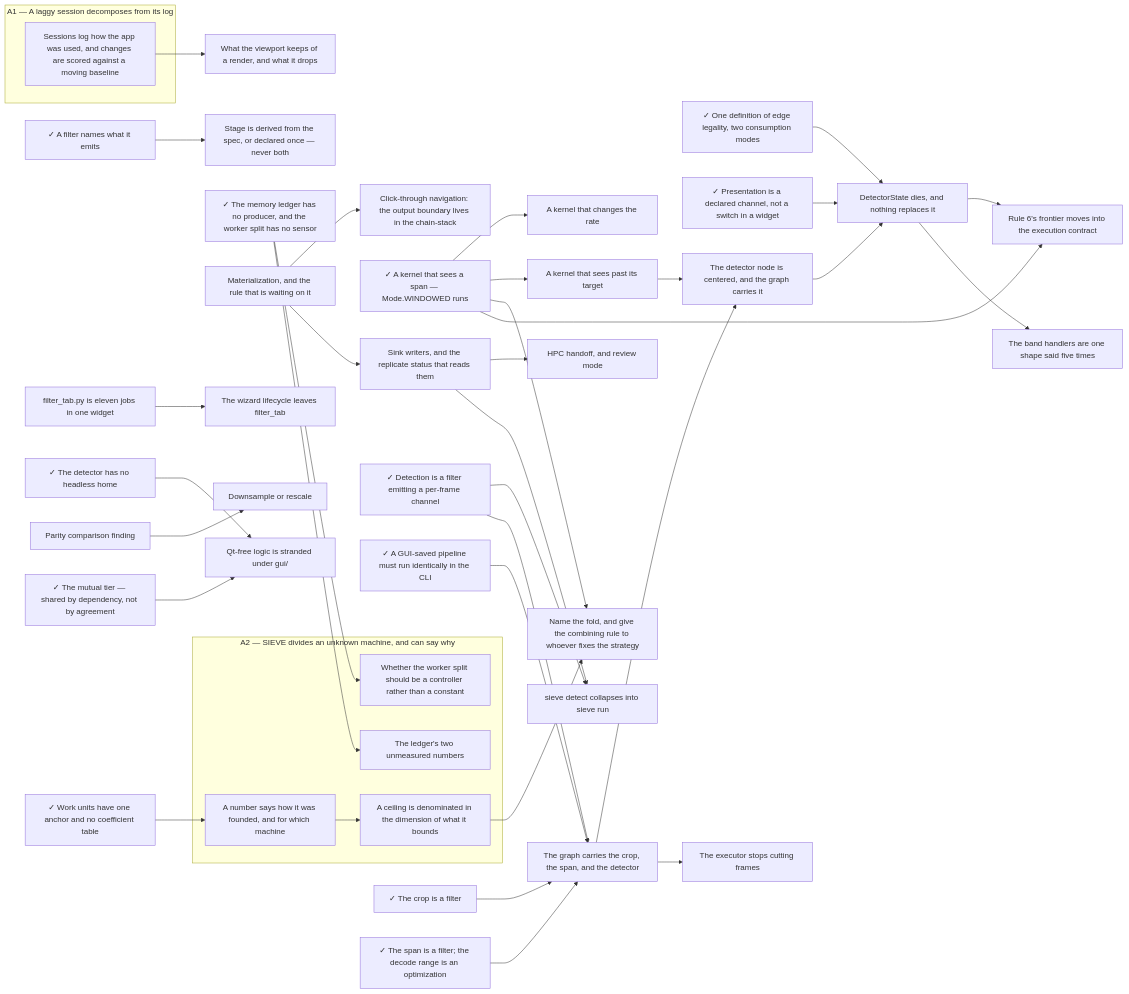
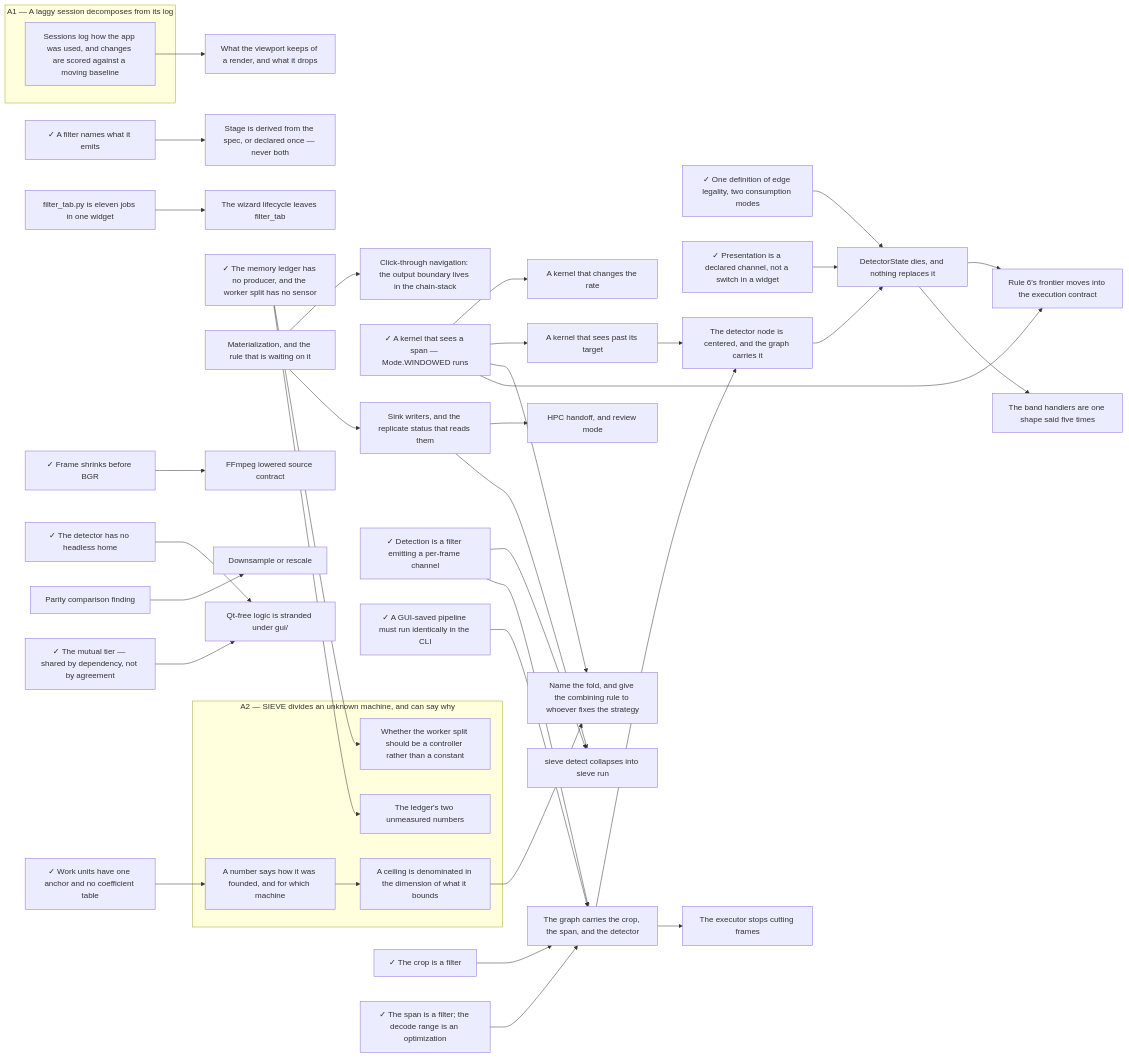
Before and after one commit to soulsynapse/antscihub-SIEVE: the diagram in docs/.state.md, drawn with Mermaid. The commit also changed other lines of this file and 7 other files, not shown here.

Commit message:
docs(frame-shrinks-before-bgr): measure lowered decode route

````diff
--- a/docs/.state.md
+++ b/docs/.state.md
@@ -106,77 +108,80 @@
 ```mermaid
 graph LR
   subgraph A1["A1 — A laggy session decomposes from its log"]
       slow_path_surfacing["Sessions log how the app was used, and changes are scored against a moving baseline"]
   end
   subgraph A2["A2 — SIEVE divides an unknown machine, and can say why"]
       a_number_says_how_it_was_founded["A number says how it was founded, and for which machine"]
       adaptive_worker_allocation["Whether the worker split should be a controller rather than a constant"]
       ceilings_in_the_dimension_they_bound["A ceiling is denominated in the dimension of what it bounds"]
       ledger_measurements["The ledger's two unmeasured numbers"]
   end
     a_filter_names_what_it_emits["✓ A filter names what it emits"]
     a_kernel_that_changes_the_rate["A kernel that changes the rate"]
     a_kernel_that_sees_a_span["✓ A kernel that sees a span — Mode.WINDOWED runs"]
     a_kernel_that_sees_past_its_target["A kernel that sees past its target"]
     click_through_navigation["Click-through navigation: the output boundary lives in the chain-stack"]
     detection_is_a_filter["✓ Detection is a filter emitting a per-frame channel"]
     detector_state_dies["DetectorState dies, and nothing replaces it"]
     downsample_or_rescale["Downsample or rescale"]
+    ffmpeg_lowered_source_contract["FFmpeg lowered source contract"]
     filter_tab_is_eleven_jobs["filter_tab.py is eleven jobs in one widget"]
+    frame_shrinks_before_bgr["✓ Frame shrinks before BGR"]
     gui_cli_execution_parity["✓ A GUI-saved pipeline must run identically in the CLI"]
     headless_detection["✓ The detector has no headless home"]
     hpc_handoff_and_review_mode["HPC handoff, and review mode"]
     ledger_producers["✓ The memory ledger has no producer, and the worker split has no sensor"]
     materialization["Materialization, and the rule that is waiting on it"]
     name_the_fold["Name the fold, and give the combining rule to whoever fixes the strategy"]
     one_definition_of_edge_legality["✓ One definition of edge legality, two consumption modes"]
     parity_comparison_finding["Parity comparison finding"]
     presentation_is_a_channel_not_a_switch["✓ Presentation is a declared channel, not a switch in a widget"]
     proxy_retention_policy["What the viewport keeps of a render, and what it drops"]
     qt_free_logic_under_gui["Qt-free logic is stranded under gui/"]
     rule_sixs_frontier_moves_into_the_contract["Rule 6's frontier moves into the execution contract"]
     sieve_detect_collapses_into_sieve_run["sieve detect collapses into sieve run"]
     sink_writers["Sink writers, and the replicate status that reads them"]
     stage_is_derived_or_declared_once["Stage is derived from the spec, or declared once — never both"]
     the_band_handlers_are_one_shape_said_five_times["The band handlers are one shape said five times"]
     the_crop_is_a_filter["✓ The crop is a filter"]
     the_detector_node_is_centered["The detector node is centered, and the graph carries it"]
     the_executor_stops_cutting_frames["The executor stops cutting frames"]
     the_graph_carries_the_crop_the_span_and_the_detector["The graph carries the crop, the span, and the detector"]
     the_mutual_tier["✓ The mutual tier — shared by dependency, not by agreement"]
     the_span_is_a_filter["✓ The span is a filter; the decode range is an optimization"]
     the_wizard_lifecycle_leaves_filter_tab["The wizard lifecycle leaves filter_tab"]
     work_units_have_one_anchor["✓ Work units have one anchor and no coefficient table"]
     a_kernel_that_sees_a_span --> a_kernel_that_changes_the_rate
     a_kernel_that_sees_a_span --> a_kernel_that_sees_past_its_target
     work_units_have_one_anchor --> a_number_says_how_it_was_founded
     ledger_producers --> adaptive_worker_allocation
     a_number_says_how_it_was_founded --> ceilings_in_the_dimension_they_bound
     materialization --> click_through_navigation
     the_detector_node_is_centered --> detector_state_dies
     one_definition_of_edge_legality --> detector_state_dies
     presentation_is_a_channel_not_a_switch --> detector_state_dies
     parity_comparison_finding --> downsample_or_rescale
+    frame_shrinks_before_bgr --> ffmpeg_lowered_source_contract
     sink_writers --> hpc_handoff_and_review_mode
     ledger_producers --> ledger_measurements
     ceilings_in_the_dimension_they_bound --> name_the_fold
     a_kernel_that_sees_a_span --> name_the_fold
     slow_path_surfacing --> proxy_retention_policy
     headless_detection --> qt_free_logic_under_gui
     the_mutual_tier --> qt_free_logic_under_gui
     a_kernel_that_sees_a_span --> rule_sixs_frontier_moves_into_the_contract
     detector_state_dies --> rule_sixs_frontier_moves_into_the_contract
     detection_is_a_filter --> sieve_detect_collapses_into_sieve_run
     sink_writers --> sieve_detect_collapses_into_sieve_run
     materialization --> sink_writers
     a_filter_names_what_it_emits --> stage_is_derived_or_declared_once
     detector_state_dies --> the_band_handlers_are_one_shape_said_five_times
     the_graph_carries_the_crop_the_span_and_the_detector --> the_detector_node_is_centered
     a_kernel_that_sees_past_its_target --> the_detector_node_is_centered
     the_graph_carries_the_crop_the_span_and_the_detector --> the_executor_stops_cutting_frames
     the_crop_is_a_filter --> the_graph_carries_the_crop_the_span_and_the_detector
     the_span_is_a_filter --> the_graph_carries_the_crop_the_span_and_the_detector
     detection_is_a_filter --> the_graph_carries_the_crop_the_span_and_the_detector
     gui_cli_execution_parity --> the_graph_carries_the_crop_the_span_and_the_detector
     filter_tab_is_eleven_jobs --> the_wizard_lifecycle_leaves_filter_tab
 ```
````
